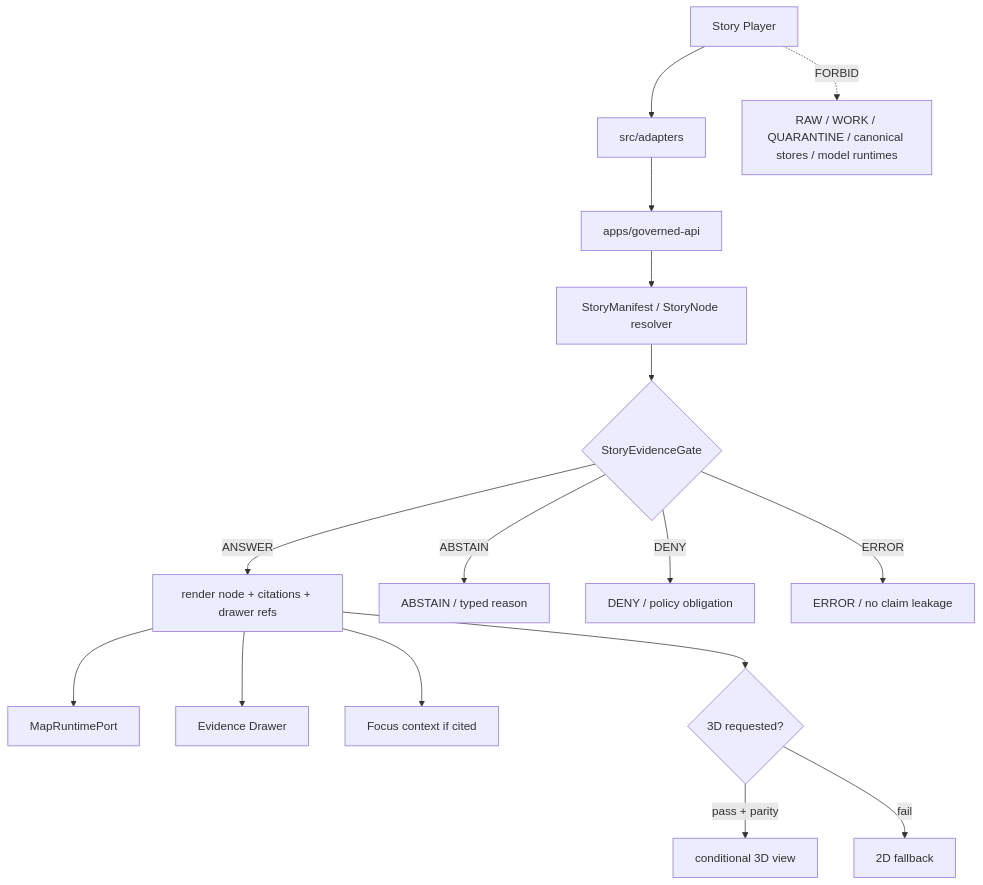
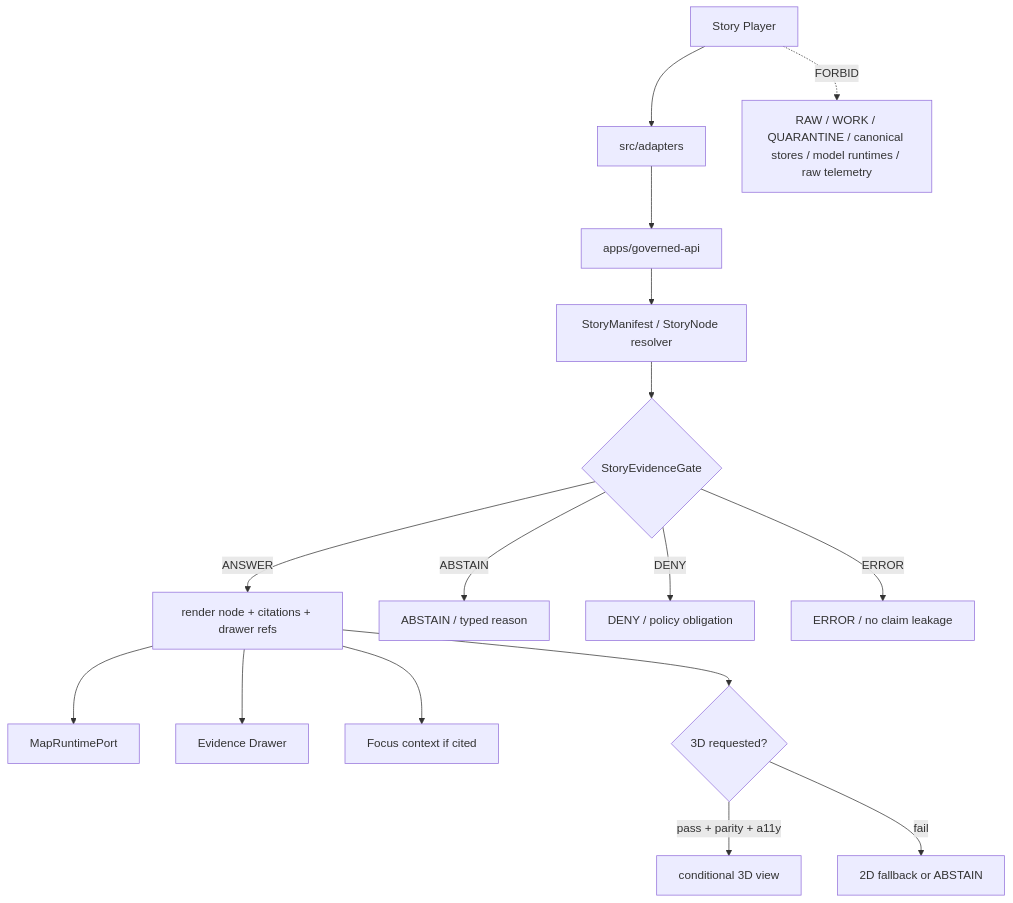
The diagram in apps/explorer-web/src/features/story_player/README.md (bartytime4life/Kansas-Frontier-Matrix), drawn with Mermaid before and after one commit. The commit also changed other lines of this file, not shown here.

Commit message:
docs: update explorer story player readme

````diff
--- a/apps/explorer-web/src/features/story_player/README.md
+++ b/apps/explorer-web/src/features/story_player/README.md
@@ -232,18 +296,18 @@
 ```mermaid
 flowchart TD
     player["Story Player"] --> adapters["src/adapters"]
     adapters --> api["apps/governed-api"]
     api --> resolver["StoryManifest / StoryNode resolver"]
     resolver --> gate{"StoryEvidenceGate"}
     gate -->|ANSWER| node["render node + citations + drawer refs"]
     gate -->|ABSTAIN| abstain["ABSTAIN / typed reason"]
     gate -->|DENY| deny["DENY / policy obligation"]
     gate -->|ERROR| error["ERROR / no claim leakage"]
     node --> map["MapRuntimePort"]
     node --> drawer["Evidence Drawer"]
     node --> focus["Focus context if cited"]
     node --> probe{"3D requested?"}
-    probe -->|pass + parity| three["conditional 3D view"]
-    probe -->|fail| twod["2D fallback"]
-    player -. FORBID .-> raw["RAW / WORK / QUARANTINE / canonical stores / model runtimes"]
+    probe -->|pass + parity + a11y| three["conditional 3D view"]
+    probe -->|fail| twod["2D fallback or ABSTAIN"]
+    player -. FORBID .-> raw["RAW / WORK / QUARANTINE / canonical stores / model runtimes / raw telemetry"]
 ```
````
